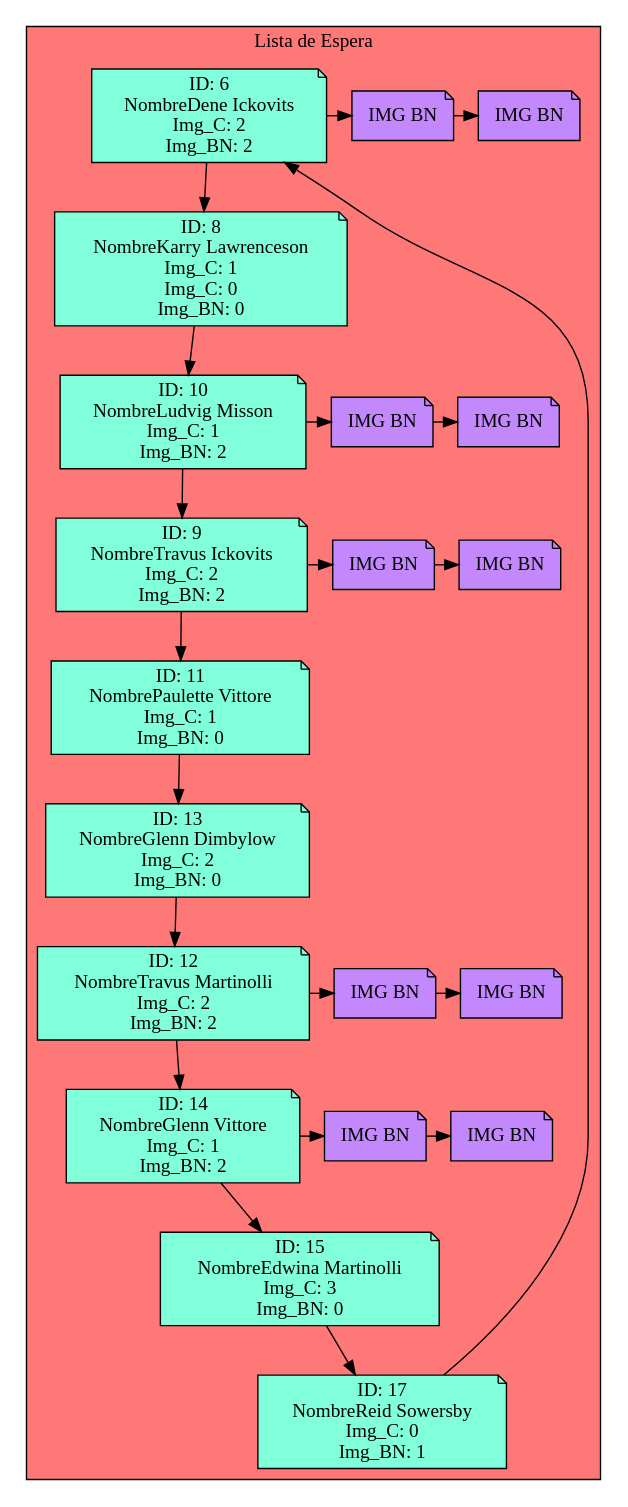
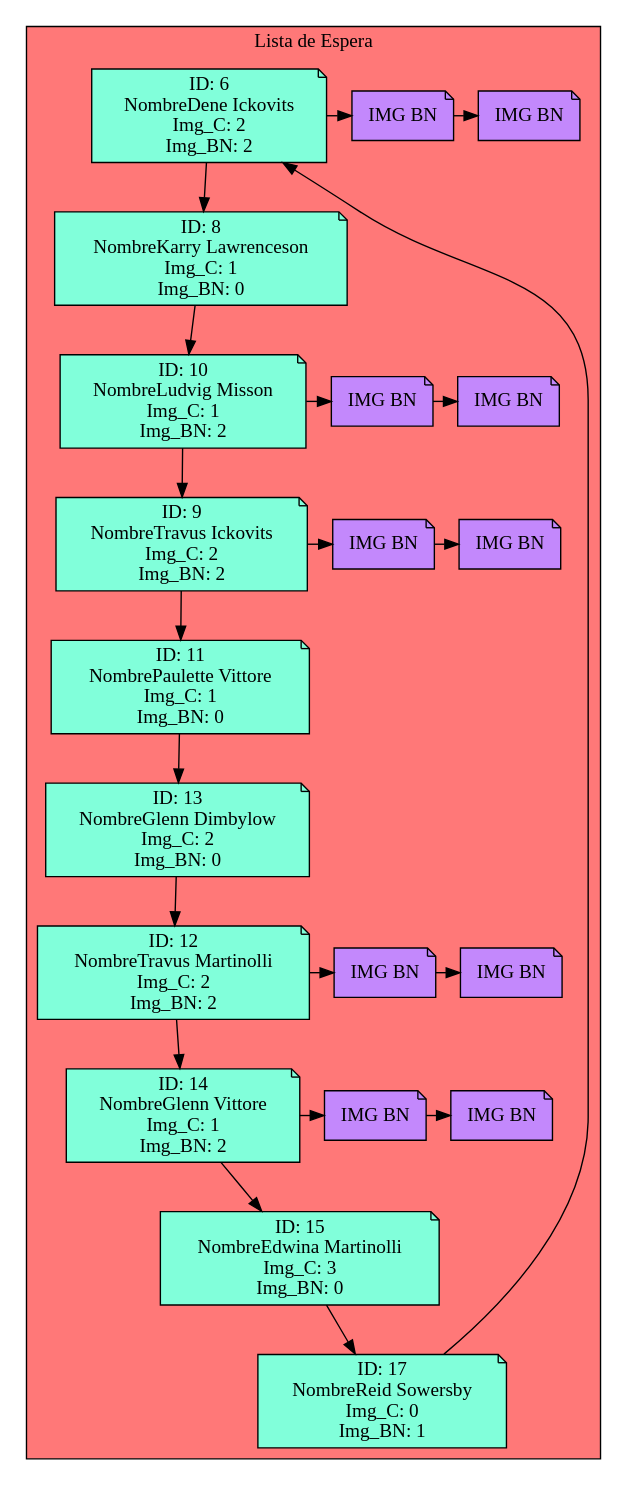
The diagram in Circular_Doble_espera.dot (Serch-ING/EDD_UDRAWING_202000119), drawn with Graphviz before and after one commit.

```diff
--- a/Circular_Doble_espera.dot
+++ b/Circular_Doble_espera.dot
@@ -1,87 +1,86 @@
 digraph L {
 node[shape=note fillcolor="#A181FF" style =filled]
 subgraph cluster_p{
     label= "Lista de Espera "
     bgcolor = "#FF7878"
 Nodo422396878[label="ID: 6
 NombreDene Ickovits
 Img_C: 2
 Img_BN: 2",fillcolor="#81FFDA"]
 Nodo306115458[label="ID: 8
 NombreKarry Lawrenceson
 Img_C: 1
-Img_C: 0
 Img_BN: 0",fillcolor="#81FFDA"]
 Nodo369049246[label="ID: 10
 NombreLudvig Misson
 Img_C: 1
 Img_BN: 2",fillcolor="#81FFDA"]
 Nodo1608297024[label="ID: 9
 NombreTravus Ickovits
 Img_C: 2
 Img_BN: 2",fillcolor="#81FFDA"]
 Nodo1002021887[label="ID: 11
 NombrePaulette Vittore
 Img_C: 1
 Img_BN: 0",fillcolor="#81FFDA"]
 Nodo899644639[label="ID: 13
 NombreGlenn Dimbylow
 Img_C: 2
 Img_BN: 0",fillcolor="#81FFDA"]
 Nodo1337335626[label="ID: 12
 NombreTravus Martinolli
 Img_C: 2
 Img_BN: 2",fillcolor="#81FFDA"]
 Nodo1803669141[label="ID: 14
 NombreGlenn Vittore
 Img_C: 1
 Img_BN: 2",fillcolor="#81FFDA"]
 Nodo232307208[label="ID: 15
 NombreEdwina Martinolli
 Img_C: 3
 Img_BN: 0",fillcolor="#81FFDA"]
 Nodo762476028[label="ID: 17
 NombreReid Sowersby
 Img_C: 0
 Img_BN: 1",fillcolor="#81FFDA"]
 
 Nodo422396878 -> Nodo306115458
 Nodo422396878->Nodo42239687800001
 Nodo42239687800001[label="IMG BN",fillcolor="#C388FC"]Nodo42239687800001->Nodo42239687800002
 Nodo42239687800002[label="IMG BN",fillcolor="#C388FC"]
 {rank=same;Nodo422396878,Nodo42239687800001,Nodo42239687800002}
 Nodo306115458 -> Nodo369049246
 
 {rank=same;Nodo306115458}
 Nodo369049246 -> Nodo1608297024
 Nodo369049246->Nodo36904924600001
 Nodo36904924600001[label="IMG BN",fillcolor="#C388FC"]Nodo36904924600001->Nodo36904924600002
 Nodo36904924600002[label="IMG BN",fillcolor="#C388FC"]
 {rank=same;Nodo369049246,Nodo36904924600001,Nodo36904924600002}
 Nodo1608297024 -> Nodo1002021887
 Nodo1608297024->Nodo160829702400001
 Nodo160829702400001[label="IMG BN",fillcolor="#C388FC"]Nodo160829702400001->Nodo160829702400002
 Nodo160829702400002[label="IMG BN",fillcolor="#C388FC"]
 {rank=same;Nodo1608297024,Nodo160829702400001,Nodo160829702400002}
 Nodo1002021887 -> Nodo899644639
 
 {rank=same;Nodo1002021887}
 Nodo899644639 -> Nodo1337335626
 
 {rank=same;Nodo899644639}
 Nodo1337335626 -> Nodo1803669141
 Nodo1337335626->Nodo133733562600001
 Nodo133733562600001[label="IMG BN",fillcolor="#C388FC"]Nodo133733562600001->Nodo133733562600002
 Nodo133733562600002[label="IMG BN",fillcolor="#C388FC"]
 {rank=same;Nodo1337335626,Nodo133733562600001,Nodo133733562600002}
 Nodo1803669141 -> Nodo232307208
 Nodo1803669141->Nodo180366914100001
 Nodo180366914100001[label="IMG BN",fillcolor="#C388FC"]Nodo180366914100001->Nodo180366914100002
 Nodo180366914100002[label="IMG BN",fillcolor="#C388FC"]
 {rank=same;Nodo1803669141,Nodo180366914100001,Nodo180366914100002}
 Nodo232307208 -> Nodo762476028
 
 {rank=same;Nodo232307208}
 Nodo762476028 -> Nodo422396878
 
 {rank=same;Nodo762476028}}}
```
